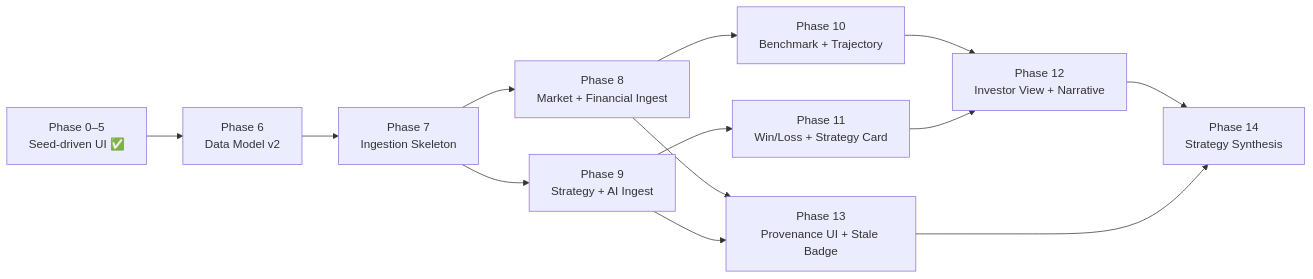
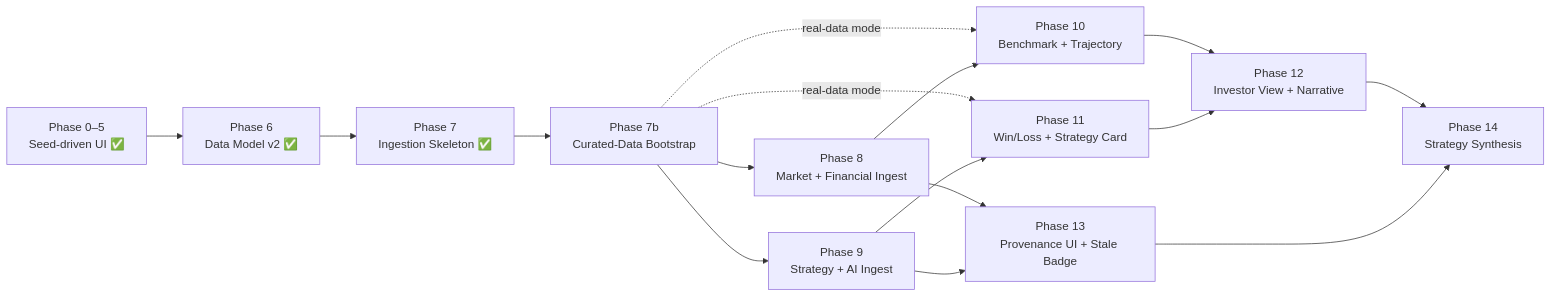
The diagram in specs/implementation_plan.md (Ryosuke-Kawashima-Career/OTA-Dashboard), drawn with Mermaid before and after one commit. The commit also changed other lines of this file and 18 other files, not shown here.

````diff
--- a/specs/implementation_plan.md
+++ b/specs/implementation_plan.md
@@ -344,15 +417,18 @@
 ```mermaid
 graph LR
-    P0[Phase 0–5<br/>Seed-driven UI ✅] --> P6[Phase 6<br/>Data Model v2]
-    P6 --> P7[Phase 7<br/>Ingestion Skeleton]
-    P7 --> P8[Phase 8<br/>Market + Financial Ingest]
-    P7 --> P9[Phase 9<br/>Strategy + AI Ingest]
+    P0[Phase 0–5<br/>Seed-driven UI ✅] --> P6[Phase 6<br/>Data Model v2 ✅]
+    P6 --> P7[Phase 7<br/>Ingestion Skeleton ✅]
+    P7 --> P7b[Phase 7b<br/>Curated-Data Bootstrap]
+    P7b --> P8[Phase 8<br/>Market + Financial Ingest]
+    P7b --> P9[Phase 9<br/>Strategy + AI Ingest]
+    P7b -.real-data mode.-> P10
+    P7b -.real-data mode.-> P11
     P8 --> P10[Phase 10<br/>Benchmark + Trajectory]
     P9 --> P11[Phase 11<br/>Win/Loss + Strategy Card]
     P10 --> P12[Phase 12<br/>Investor View + Narrative]
     P11 --> P12
     P8 --> P13[Phase 13<br/>Provenance UI + Stale Badge]
     P9 --> P13
     P12 --> P14[Phase 14<br/>Strategy Synthesis]
     P13 --> P14
 ```
````
